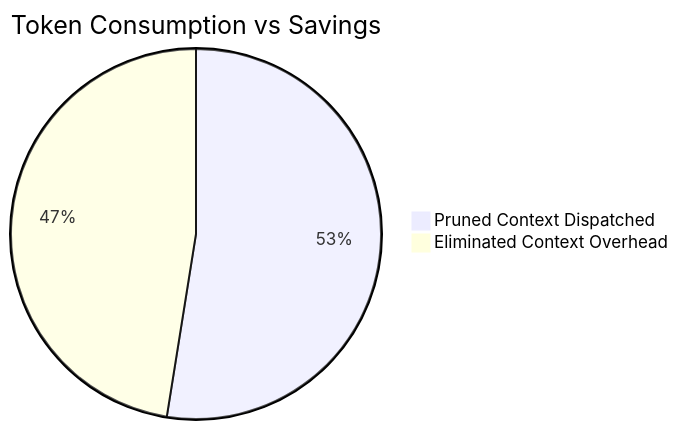
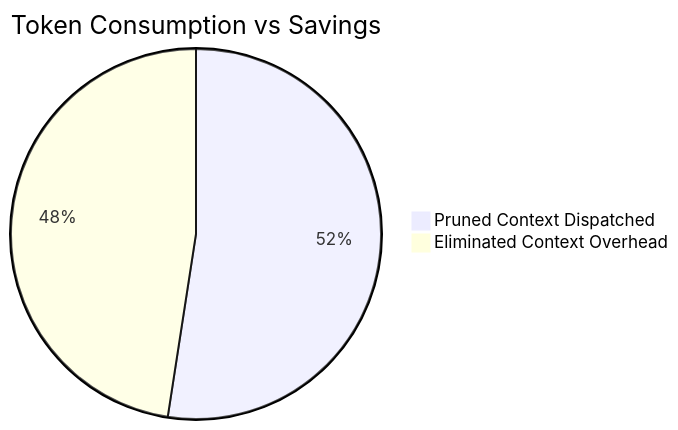
Before and after one commit to lakhwindersingh/nb_fairyfly: the diagram in workplace/docs/reports/token_savings_report.md, drawn with Mermaid. The commit also changed other lines of this file and 23 other files, not shown here.

````diff
--- a/workplace/docs/reports/token_savings_report.md
+++ b/workplace/docs/reports/token_savings_report.md
@@ -26,5 +26,5 @@
 ```mermaid
 pie title Token Consumption vs Savings
-    "Pruned Context Dispatched" : 13971565
-    "Eliminated Context Overhead" : 12629251
+    "Pruned Context Dispatched" : 16053362
+    "Eliminated Context Overhead" : 14558421
 ```
````
